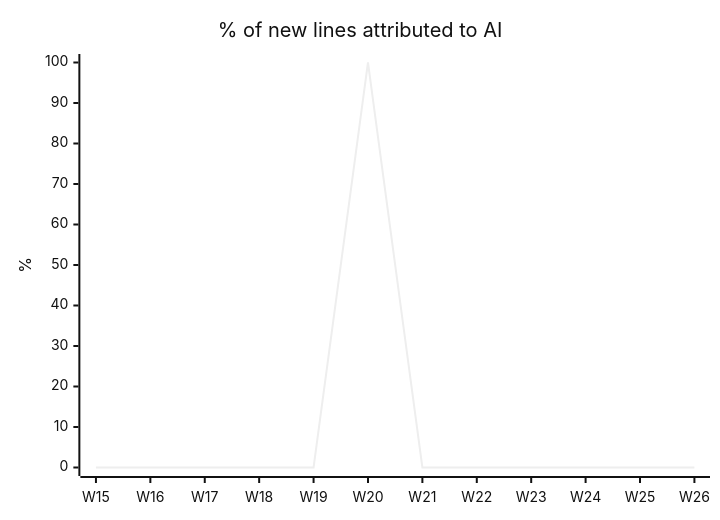
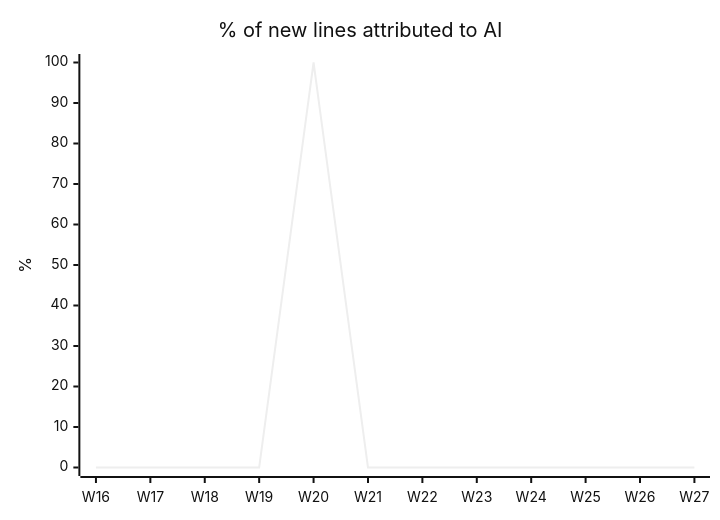
The first of 4 diagrams in docs/AI_USAGE.md (fromwaydowntown/ai-use), drawn with Mermaid (neutral theme) before and after one commit. The commit also changed other lines of this file, not shown here.

````diff
--- a/docs/AI_USAGE.md
+++ b/docs/AI_USAGE.md
@@ -17,7 +17,7 @@
 ```mermaid
 xychart-beta
     title "% of new lines attributed to AI"
-    x-axis ["W15", "W16", "W17", "W18", "W19", "W20", "W21", "W22", "W23", "W24", "W25", "W26"]
+    x-axis ["W16", "W17", "W18", "W19", "W20", "W21", "W22", "W23", "W24", "W25", "W26", "W27"]
     y-axis "%" 0 --> 100
-    line [0, 0, 0, 0, 0, 100, 0, 0, 0, 0, 0, 0]
+    line [0, 0, 0, 0, 100, 0, 0, 0, 0, 0, 0, 0]
 ```
````
